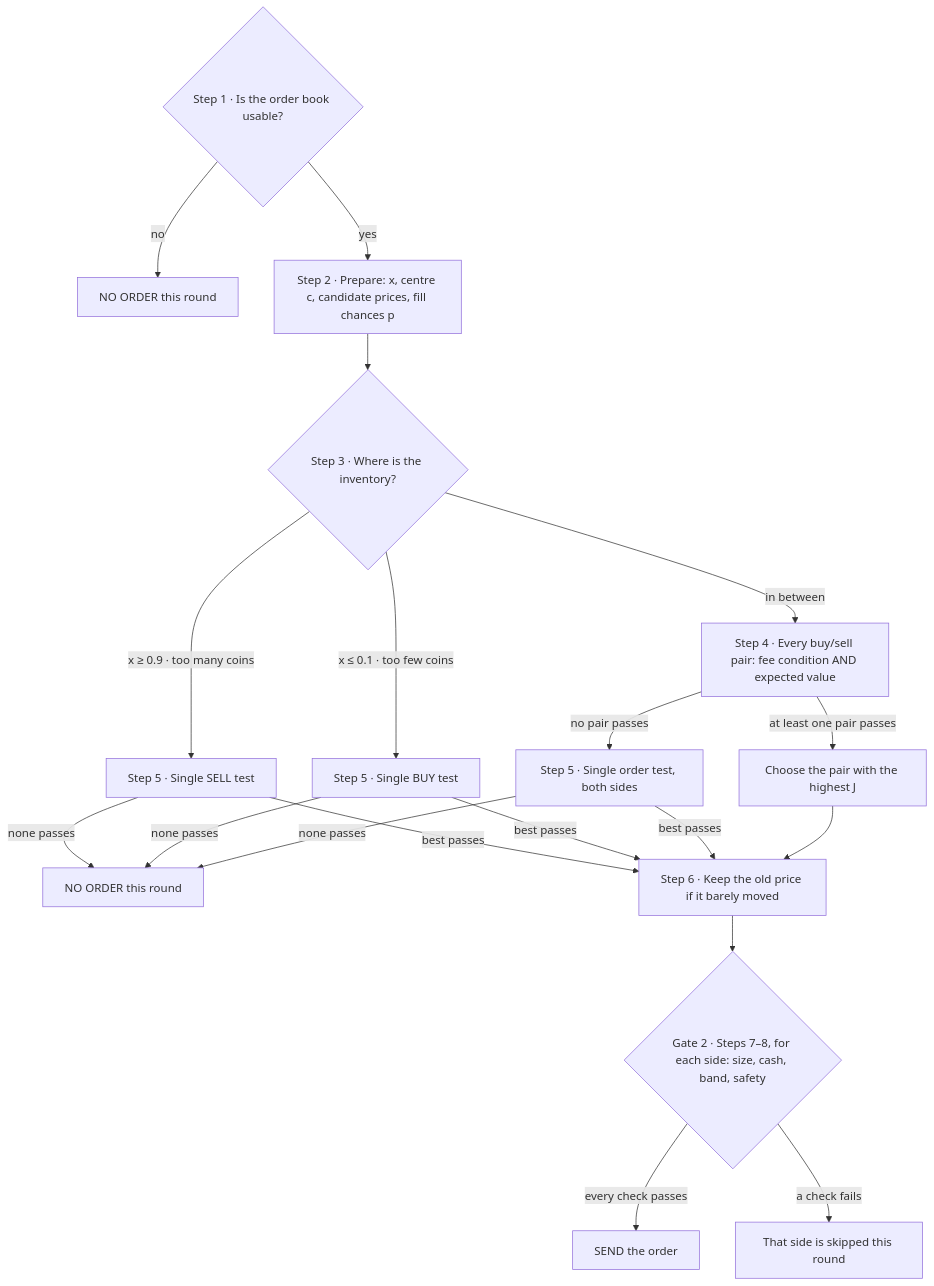
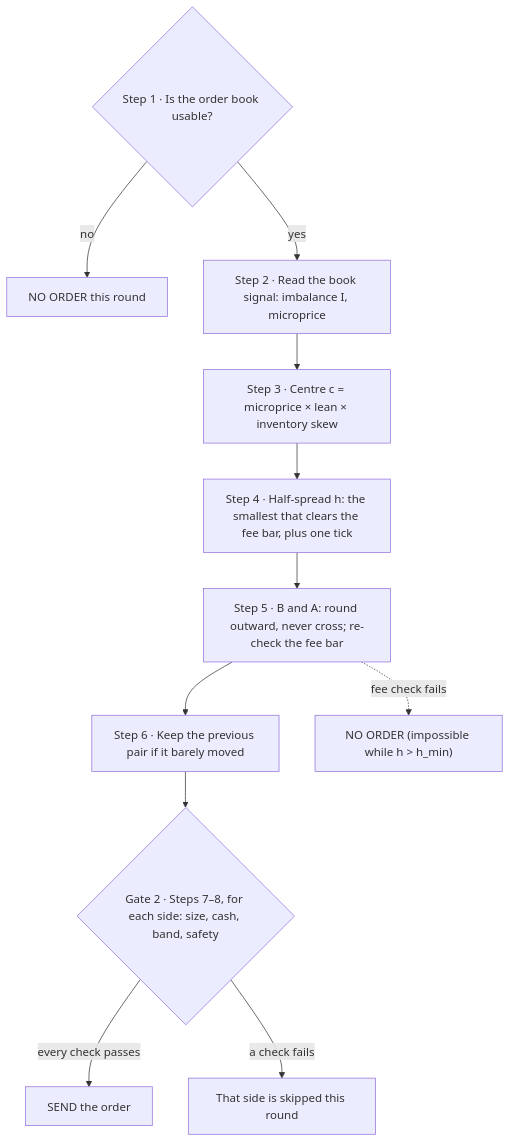
Before and after one commit to Alireza77n/Limit-Order-Book: the third of 3 diagrams in docs/guide/MARKET_MAKER_EXPLAINED.md, drawn with Mermaid. The commit also changed other lines of this file and 56 other files, not shown here.

````diff
--- a/docs/guide/MARKET_MAKER_EXPLAINED.md
+++ b/docs/guide/MARKET_MAKER_EXPLAINED.md
@@ -329,21 +333,13 @@
 ```mermaid
 flowchart TD
   S1{"Step 1 · Is the order book usable?"} -- "no" --> N0["NO ORDER this round"]
-  S1 -- "yes" --> S2["Step 2 · Prepare: x, centre c, candidate prices, fill chances p"]
-  S2 --> S3{"Step 3 · Where is the inventory?"}
-  S3 -- "x ≥ 0.9 · too many coins" --> S5S["Step 5 · Single SELL test"]
-  S3 -- "x ≤ 0.1 · too few coins" --> S5B["Step 5 · Single BUY test"]
-  S3 -- "in between" --> S4["Step 4 · Every buy/sell pair: fee condition AND expected value"]
-  S4 -- "at least one pair passes" --> S4C["Choose the pair with the highest J"]
-  S4 -- "no pair passes" --> S5F["Step 5 · Single order test, both sides"]
-  S5S -- "none passes" --> N1["NO ORDER this round"]
-  S5B -- "none passes" --> N1
-  S5F -- "none passes" --> N1
-  S5S -- "best passes" --> S6
-  S5B -- "best passes" --> S6
-  S5F -- "best passes" --> S6
-  S4C --> S6["Step 6 · Keep the old price if it barely moved"]
+  S1 -- "yes" --> S2["Step 2 · Read the book signal: imbalance I, microprice"]
+  S2 --> S3["Step 3 · Centre c = microprice × lean × inventory skew"]
+  S3 --> S4["Step 4 · Half-spread h: the smallest that clears the fee bar, plus one tick"]
+  S4 --> S5["Step 5 · B and A: round outward, never cross; re-check the fee bar"]
+  S5 --> S6["Step 6 · Keep the previous pair if it barely moved"]
+  S5 -. "fee check fails" .-> N5["NO ORDER (impossible while h > h_min)"]
   S6 --> G2{"Gate 2 · Steps 7–8, for each side: size, cash, band, safety"}
   G2 -- "every check passes" --> SEND["SEND the order"]
   G2 -- "a check fails" --> SKIP["That side is skipped this round"]
 ```
````
